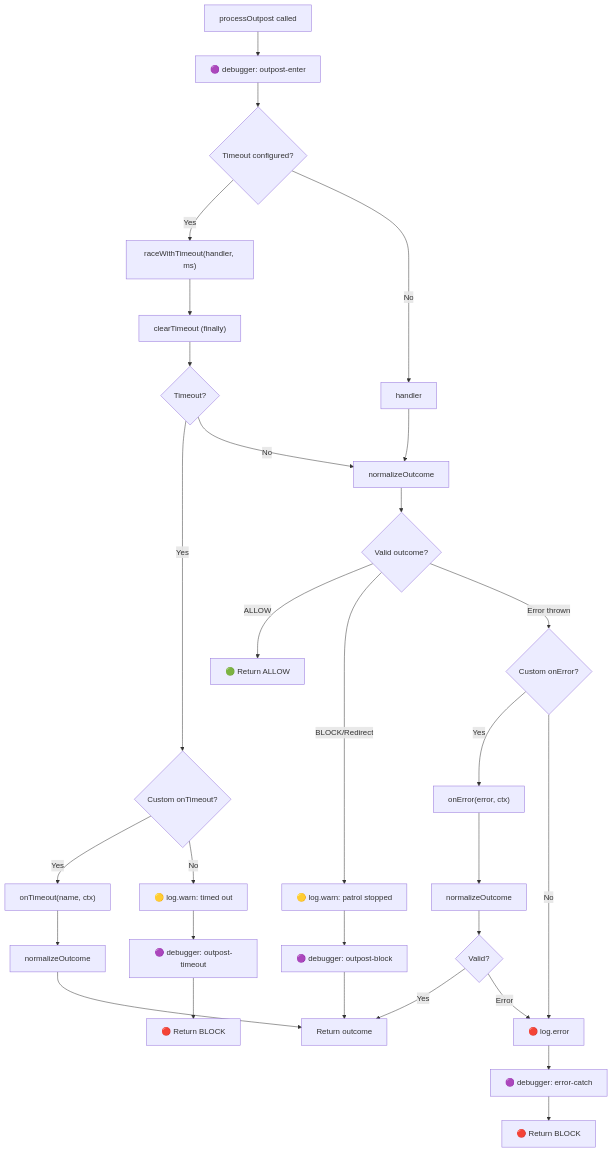
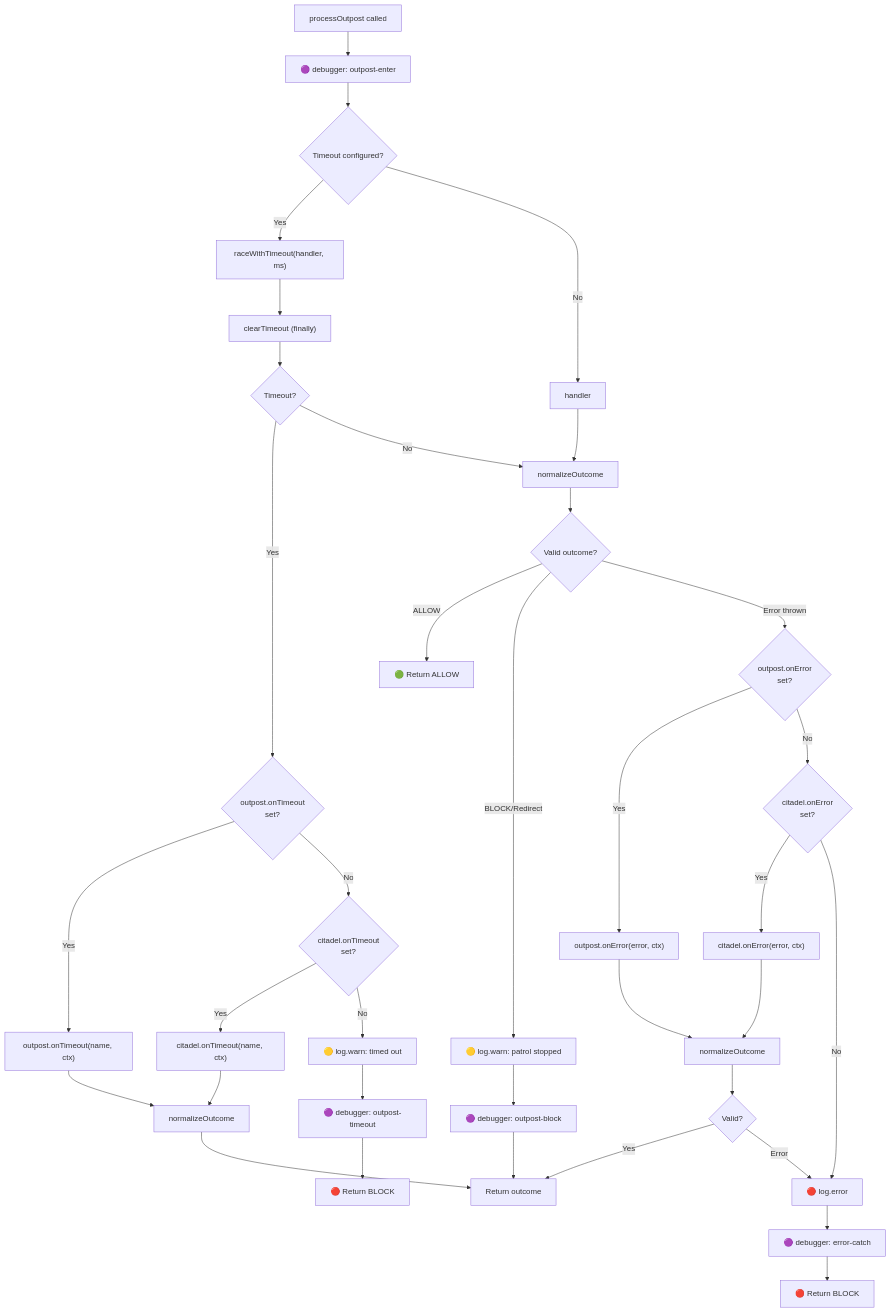
The second of 3 diagrams in docs/advanced/architecture.md (Kassaila/vue-router-citadel), drawn with Mermaid before and after one commit. The commit also changed 16 other files, not shown here.

First line of the commit message:
feat: add per-outpost onError and onTimeout handlers

````diff
--- a/docs/advanced/architecture.md
+++ b/docs/advanced/architecture.md
@@ -44,43 +44,49 @@
 ```mermaid
 flowchart TD
     A[processOutpost called] --> DBG1[🟣 debugger: outpost-enter]
     DBG1 --> T{Timeout configured?}
 
     T -->|Yes| RACE["raceWithTimeout(handler, ms)"]
     T -->|No| B[handler]
 
     RACE --> CLR["clearTimeout (finally)"]
     CLR --> TO{Timeout?}
-    TO -->|Yes| TOH{Custom onTimeout?}
+    TO -->|Yes| TOH{outpost.onTimeout<br/>set?}
     TO -->|No| C
 
     B --> C[normalizeOutcome]
 
-    TOH -->|Yes| TOC["onTimeout(name, ctx)"]
-    TOH -->|No| TOLOG[🟡 log.warn: timed out]
+    TOH -->|Yes| TOC["outpost.onTimeout(name, ctx)"]
+    TOH -->|No| TOG{citadel.onTimeout<br/>set?}
+    TOG -->|Yes| TOC2["citadel.onTimeout(name, ctx)"]
+    TOG -->|No| TOLOG[🟡 log.warn: timed out]
     TOLOG --> TODBG[🟣 debugger: outpost-timeout]
     TODBG --> TOK[🔴 Return BLOCK]
 
     TOC --> TON[normalizeOutcome]
+    TOC2 --> TON
     TON --> F
 
     C --> D{Valid outcome?}
 
     D -->|ALLOW| E[🟢 Return ALLOW]
     D -->|BLOCK/Redirect| LOG1[🟡 log.warn: patrol stopped]
     LOG1 --> DBG2[🟣 debugger: outpost-block]
     DBG2 --> F[Return outcome]
 
-    D -->|Error thrown| G{Custom onError?}
+    D -->|Error thrown| G{outpost.onError<br/>set?}
 
-    G -->|Yes| H["onError(error, ctx)"]
-    G -->|No| LOG2[🔴 log.error]
+    G -->|Yes| H["outpost.onError(error, ctx)"]
+    G -->|No| GG{citadel.onError<br/>set?}
+    GG -->|Yes| H2["citadel.onError(error, ctx)"]
+    GG -->|No| LOG2[🔴 log.error]
 
     H --> I[normalizeOutcome]
+    H2 --> I
     I --> J{Valid?}
     J -->|Yes| F
     J -->|Error| LOG2
 
     LOG2 --> DBG3[🟣 debugger: error-catch]
     DBG3 --> K[🔴 Return BLOCK]
 ```
````
